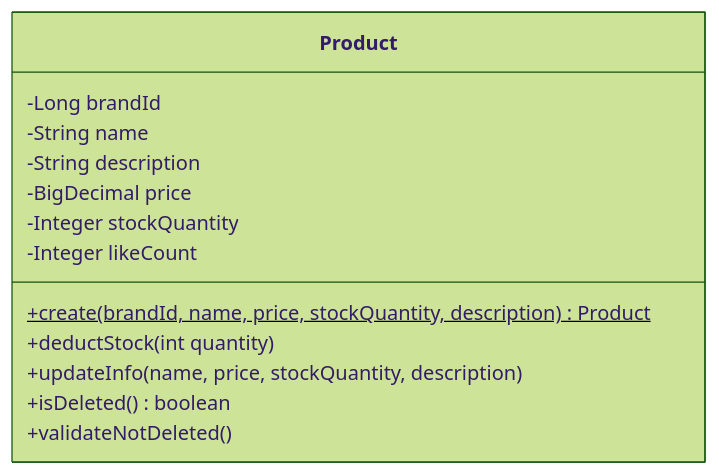
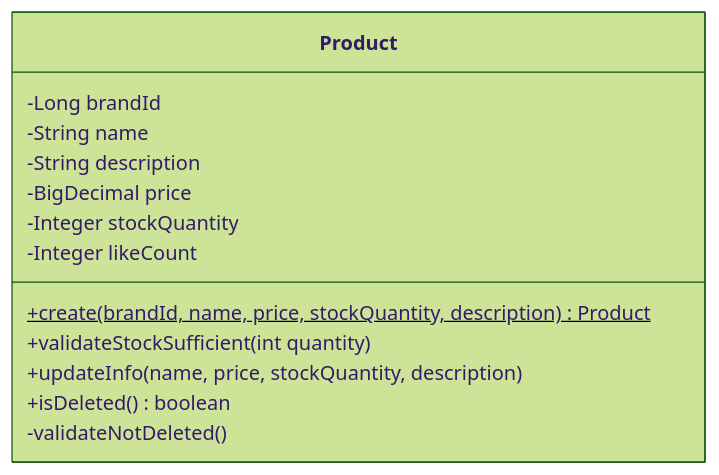
The diagram in docs/design/product/class-diagram.md (Loopers-dev-lab/loop-pack-be-l2-vol3-java), drawn with Mermaid (forest theme) before and after one commit. The commit also changed other lines of this file and 4 other files, not shown here.

Commit message:
docs: 브랜드 삭제 비동기 전환, Product 클래스다이어그램 갱신, IssuedCoupon 유니크 제약 추가

````diff
--- a/docs/design/product/class-diagram.md
+++ b/docs/design/product/class-diagram.md
@@ -8,16 +8,16 @@
 ```mermaid
 classDiagram
     class Product {
         -Long brandId
         -String name
         -String description
         -BigDecimal price
         -Integer stockQuantity
         -Integer likeCount
         +create(brandId, name, price, stockQuantity, description)$ Product
-        +deductStock(int quantity)
+        +validateStockSufficient(int quantity)
         +updateInfo(name, price, stockQuantity, description)
         +isDeleted() boolean
-        +validateNotDeleted()
+        -validateNotDeleted()
     }
 ```
````
